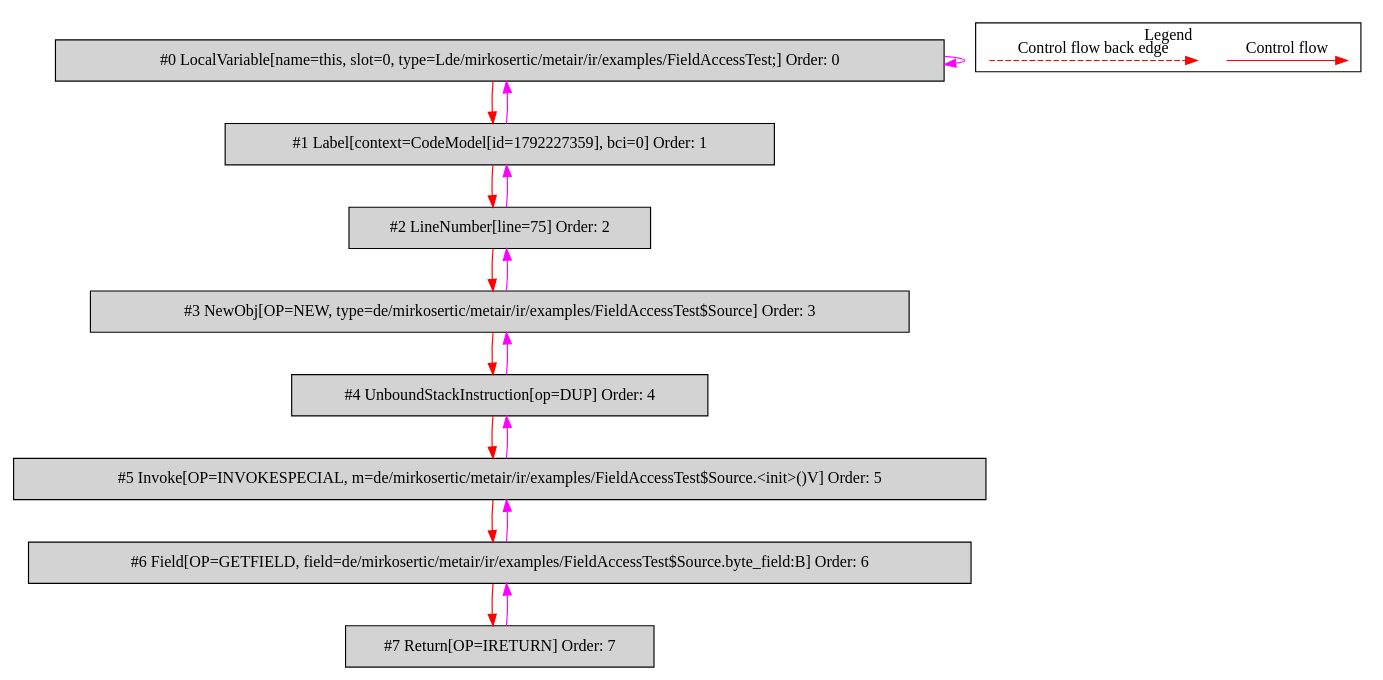
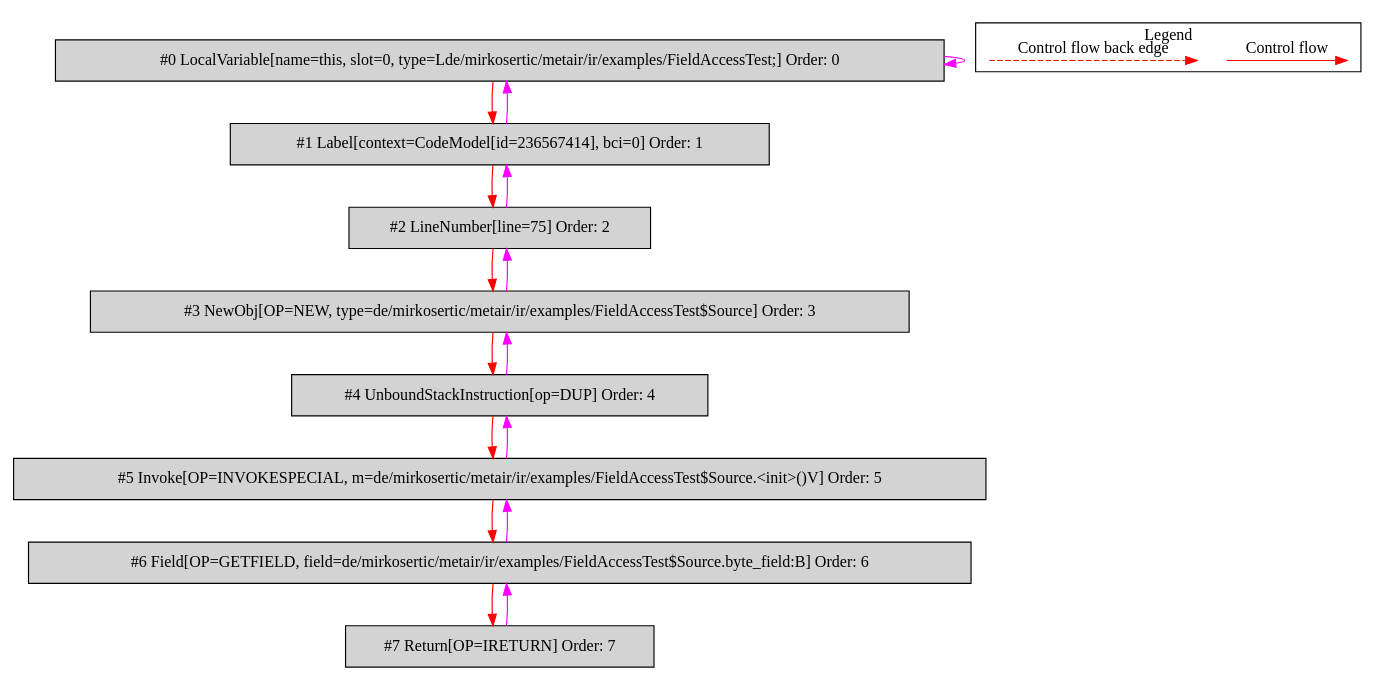
The diagram in de.mirkosertic.metair.ir.examples.FieldAccessTest/return_byte/bytecodecfg.dot (mirkosertic/MetaIR), drawn with Graphviz before and after one commit. The commit also changed 1256 other files, not shown here.

```diff
--- a/de.mirkosertic.metair.ir.examples.FieldAccessTest/return_byte/bytecodecfg.dot
+++ b/de.mirkosertic.metair.ir.examples.FieldAccessTest/return_byte/bytecodecfg.dot
@@ -1,40 +1,40 @@
 digraph {
  ordering="in";
  node0[label="#0 LocalVariable[name=this, slot=0, type=Lde/mirkosertic/metair/ir/examples/FieldAccessTest;] Order: 0", shape=box, fillcolor=lightgrey, style=filled];
- node1[label="#1 Label[context=CodeModel[id=1792227359], bci=0] Order: 1", shape=box, fillcolor=lightgrey, style=filled];
+ node1[label="#1 Label[context=CodeModel[id=236567414], bci=0] Order: 1", shape=box, fillcolor=lightgrey, style=filled];
  node2[label="#2 LineNumber[line=75] Order: 2", shape=box, fillcolor=lightgrey, style=filled];
  node3[label="#3 NewObj[OP=NEW, type=de/mirkosertic/metair/ir/examples/FieldAccessTest$Source] Order: 3", shape=box, fillcolor=lightgrey, style=filled];
  node4[label="#4 UnboundStackInstruction[op=DUP] Order: 4", shape=box, fillcolor=lightgrey, style=filled];
  node5[label="#5 Invoke[OP=INVOKESPECIAL, m=de/mirkosertic/metair/ir/examples/FieldAccessTest$Source.<init>()V] Order: 5", shape=box, fillcolor=lightgrey, style=filled];
  node6[label="#6 Field[OP=GETFIELD, field=de/mirkosertic/metair/ir/examples/FieldAccessTest$Source.byte_field:B] Order: 6", shape=box, fillcolor=lightgrey, style=filled];
  node7[label="#7 Return[OP=IRETURN] Order: 7", shape=box, fillcolor=lightgrey, style=filled];
  node0 -> node0[color=fuchsia];
  node0 -> node1[color=red];
  node1 -> node0[color=fuchsia];
  node1 -> node2[color=red];
  node2 -> node1[color=fuchsia];
  node2 -> node3[color=red];
  node3 -> node2[color=fuchsia];
  node3 -> node4[color=red];
  node4 -> node3[color=fuchsia];
  node4 -> node5[color=red];
  node5 -> node4[color=fuchsia];
  node5 -> node6[color=red];
  node6 -> node5[color=fuchsia];
  node6 -> node7[color=red];
  node7 -> node6[color=fuchsia];
  subgraph cluster_000 {
   label = "Legend";
   node [shape=point]
   {
    rank=same;
    c0 [style = invis];
    c1 [style = invis];
    c2 [style = invis];
    c3 [style = invis];
   }
   c0 -> c1 [label="Control flow", style=solid, color=red]
   c2 -> c3 [label="Control flow back edge", style=dashed, color=red]
  }
 
 }
```
